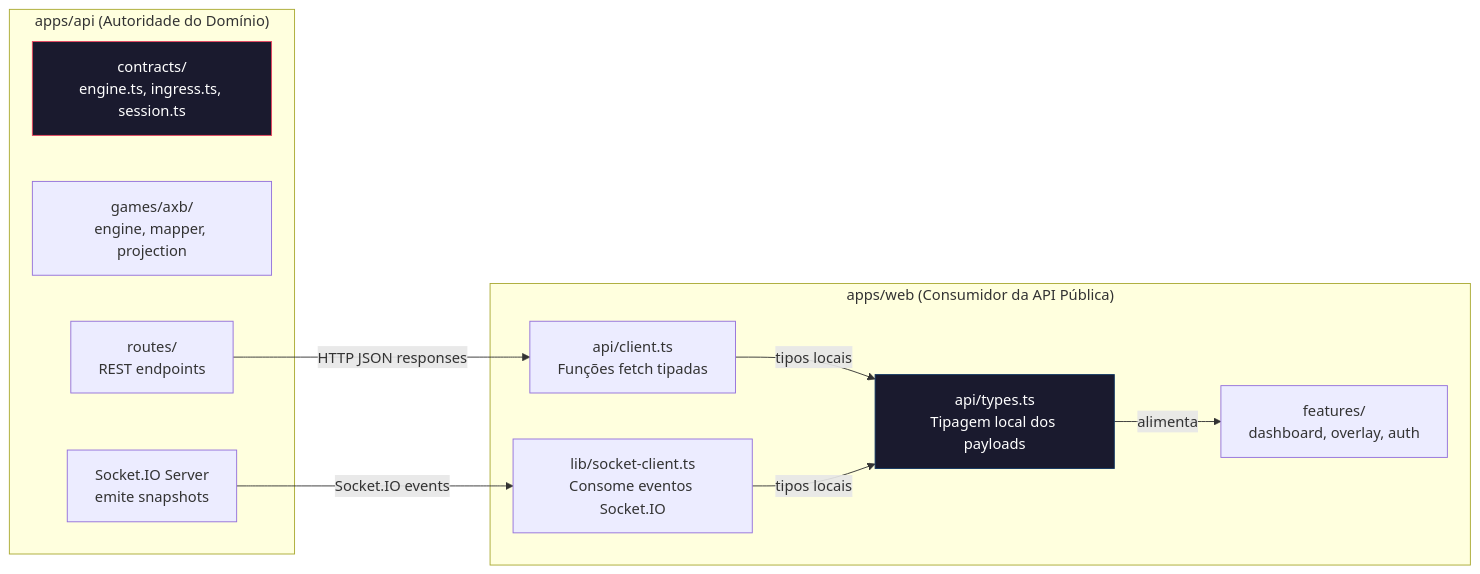
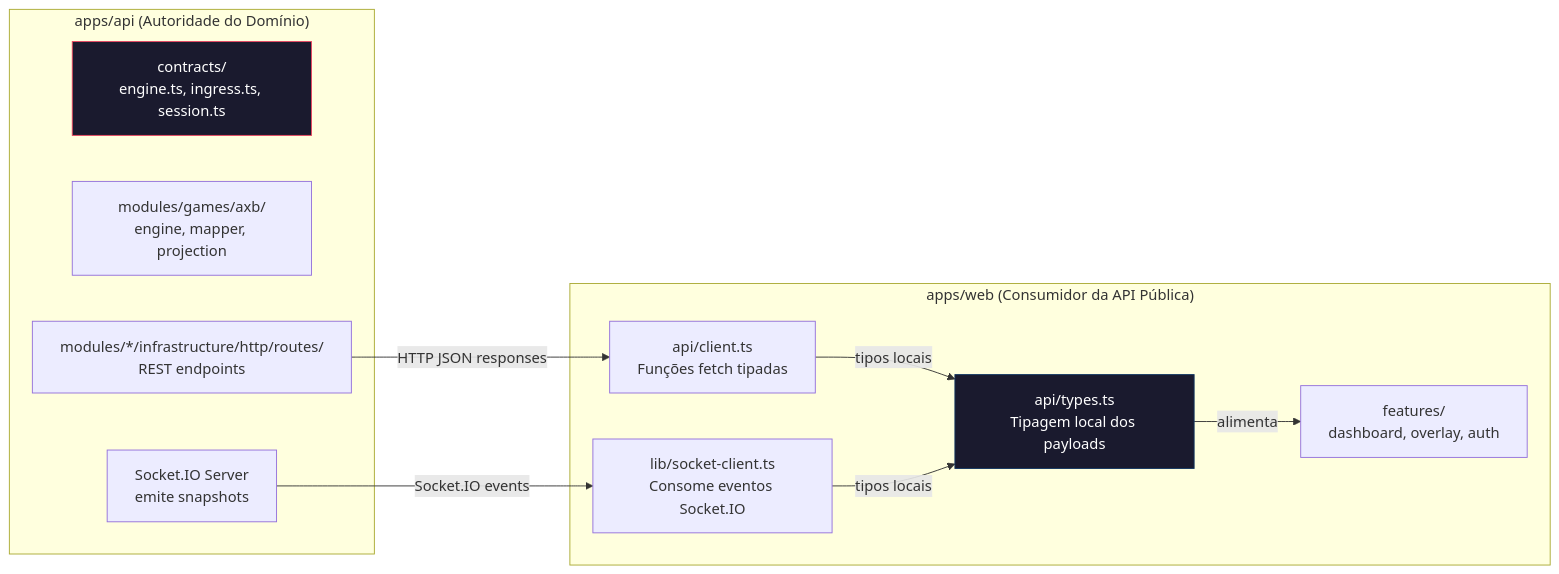
Before and after one commit to luis-henrique-carvalho/tiktok-gamer-lives: the fifth of 5 diagrams in docs/spec/architecture.md, drawn with Mermaid. The commit also changed other lines of this file and 44 other files, not shown here.

````diff
--- a/docs/spec/architecture.md
+++ b/docs/spec/architecture.md
@@ -213,25 +273,25 @@
 ```mermaid
 flowchart LR
     subgraph API["apps/api (Autoridade do Domínio)"]
         CONTRACTS["contracts/<br/>engine.ts, ingress.ts, session.ts"]
-        GAMES["games/axb/<br/>engine, mapper, projection"]
-        ROUTES["routes/<br/>REST endpoints"]
+        GAMES["modules/games/axb/<br/>engine, mapper, projection"]
+        ROUTES["modules/*/infrastructure/http/routes/<br/>REST endpoints"]
         SOCKET_SERVER["Socket.IO Server<br/>emite snapshots"]
     end
 
     subgraph WEB["apps/web (Consumidor da API Pública)"]
         API_TYPES["api/types.ts<br/>Tipagem local dos payloads"]
         API_CLIENT["api/client.ts<br/>Funções fetch tipadas"]
         SOCKET_CLIENT["lib/socket-client.ts<br/>Consome eventos Socket.IO"]
         FEATURES["features/<br/>dashboard, overlay, auth"]
     end
 
     ROUTES -->|HTTP JSON responses| API_CLIENT
     SOCKET_SERVER -->|Socket.IO events| SOCKET_CLIENT
     API_CLIENT -->|tipos locais| API_TYPES
     SOCKET_CLIENT -->|tipos locais| API_TYPES
     API_TYPES -->|alimenta| FEATURES
 
     style CONTRACTS fill:#1a1a2e,stroke:#e94560,color:#fff
     style API_TYPES fill:#1a1a2e,stroke:#0f3460,color:#fff
 ```
````
